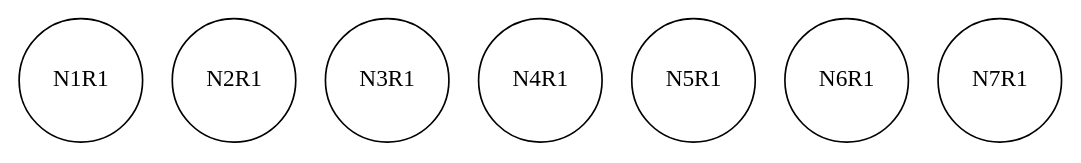
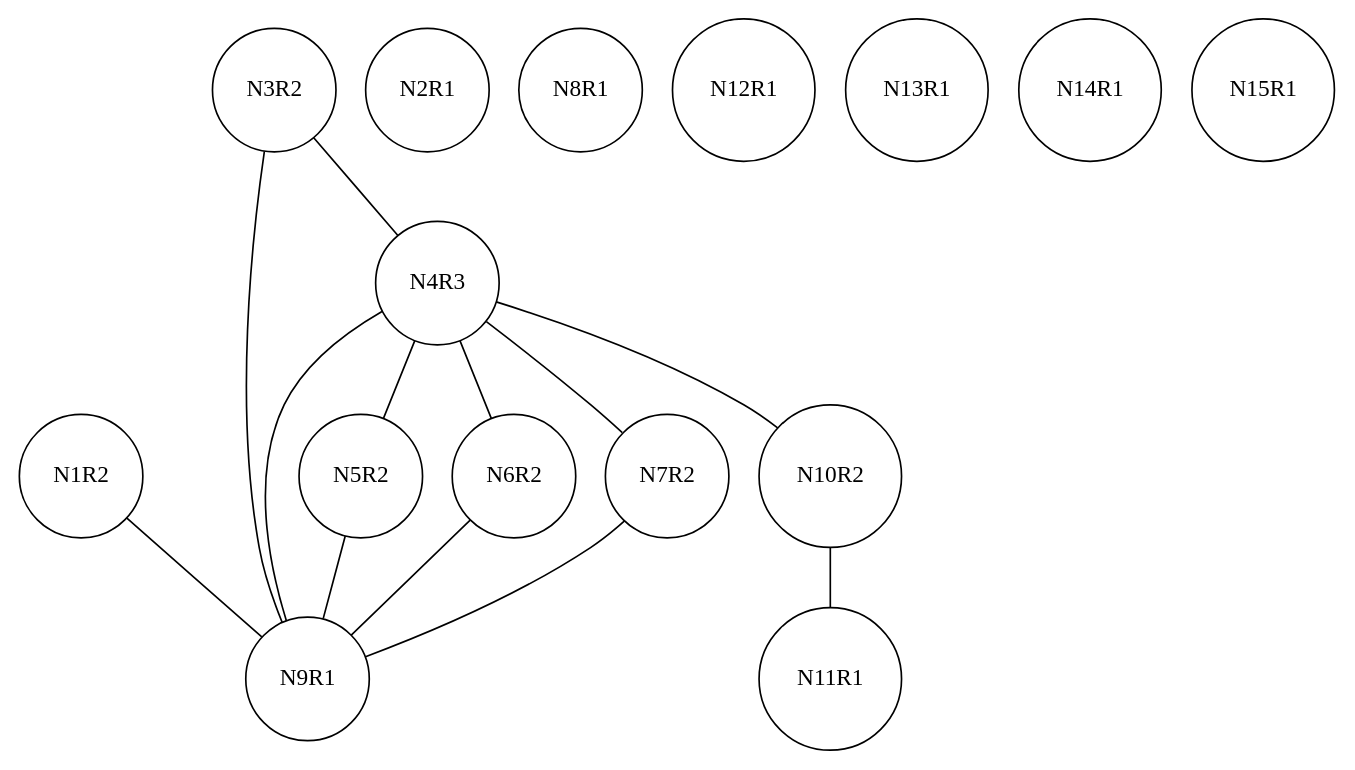
One commit to chris-wood/PL241-Compiler changed the diagram in project/caw001.txt.ig.dot. Above: the diagram before and after it, drawn with Graphviz. The commit also changed 12 other files, not shown here.

```diff
--- a/project/caw001.txt.ig.dot
+++ b/project/caw001.txt.ig.dot
@@ -1,10 +1,30 @@
 graph ig {
     node [shape = circle];
-    N1R1;
+    N1R2;
     N2R1;
-    N3R1;
-    N4R1;
-    N5R1;
-    N6R1;
-    N7R1;
+    N3R2;
+    N4R3;
+    N5R2;
+    N6R2;
+    N7R2;
+    N8R1;
+    N9R1;
+    N10R2;
+    N11R1;
+    N12R1;
+    N13R1;
+    N14R1;
+    N15R1;
+    N1R2 -- N9R1;
+    N3R2 -- N4R3;
+    N3R2 -- N9R1;
+    N4R3 -- N10R2;
+    N4R3 -- N9R1;
+    N4R3 -- N7R2;
+    N4R3 -- N6R2;
+    N4R3 -- N5R2;
+    N5R2 -- N9R1;
+    N6R2 -- N9R1;
+    N7R2 -- N9R1;
+    N10R2 -- N11R1;
 }
```
